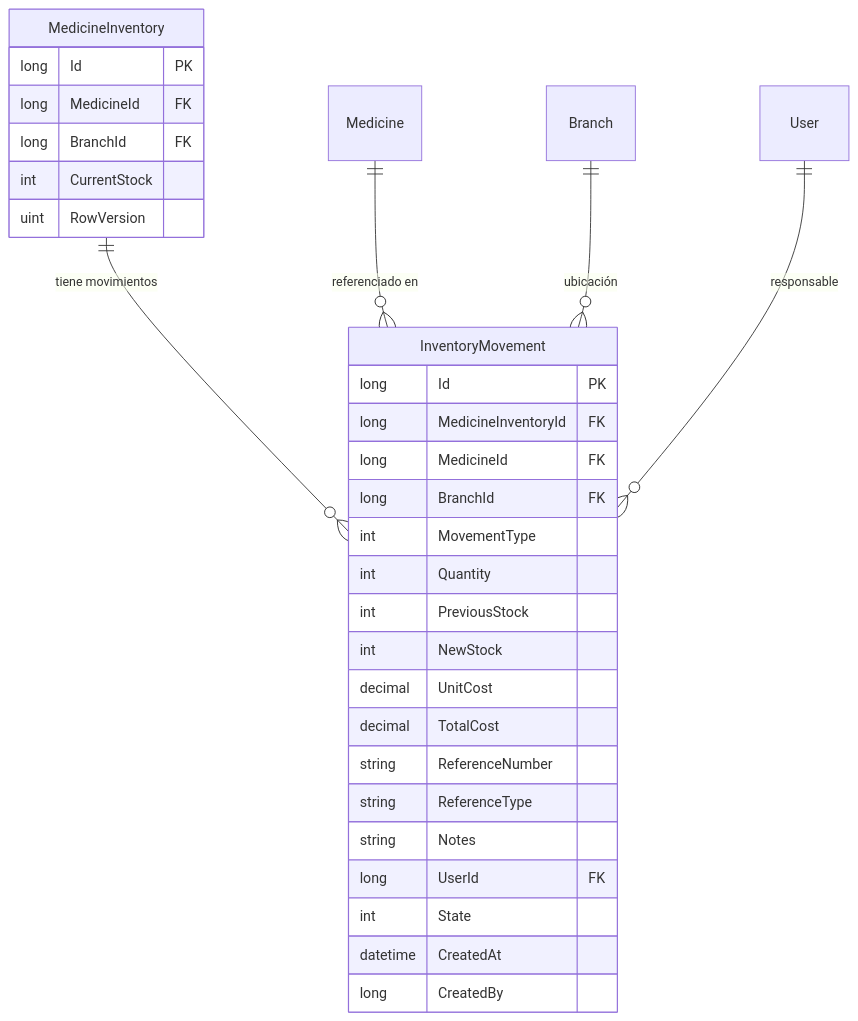
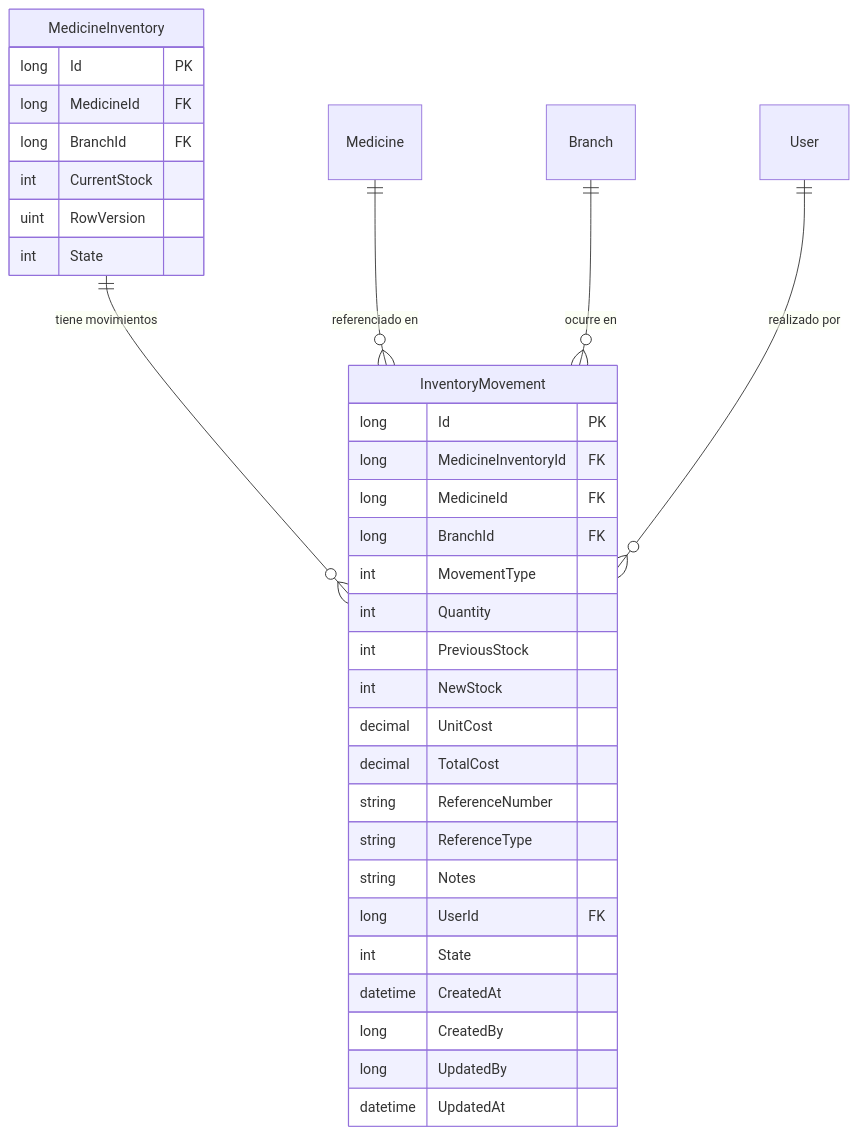
The second of 2 diagrams in .kiro/specs/his-account-orders-inventory/design.md (DannyGalvan/Proyecto_HIS), drawn with Mermaid before and after one commit. The commit also changed other lines of this file and 67 other files, not shown here.

````diff
--- a/.kiro/specs/his-account-orders-inventory/design.md
+++ b/.kiro/specs/his-account-orders-inventory/design.md
@@ -581,35 +428,38 @@
 ```mermaid
 erDiagram
     MedicineInventory ||--o{ InventoryMovement : "tiene movimientos"
     Medicine ||--o{ InventoryMovement : "referenciado en"
-    Branch ||--o{ InventoryMovement : "ubicación"
-    User ||--o{ InventoryMovement : "responsable"
+    Branch ||--o{ InventoryMovement : "ocurre en"
+    User ||--o{ InventoryMovement : "realizado por"
 
     InventoryMovement {
         long Id PK
         long MedicineInventoryId FK
         long MedicineId FK
         long BranchId FK
         int MovementType
         int Quantity
         int PreviousStock
         int NewStock
         decimal UnitCost
         decimal TotalCost
         string ReferenceNumber
         string ReferenceType
         string Notes
         long UserId FK
         int State
         datetime CreatedAt
         long CreatedBy
+        long UpdatedBy
+        datetime UpdatedAt
     }
 
     MedicineInventory {
         long Id PK
         long MedicineId FK
         long BranchId FK
         int CurrentStock
         uint RowVersion
+        int State
     }
 ```
````
